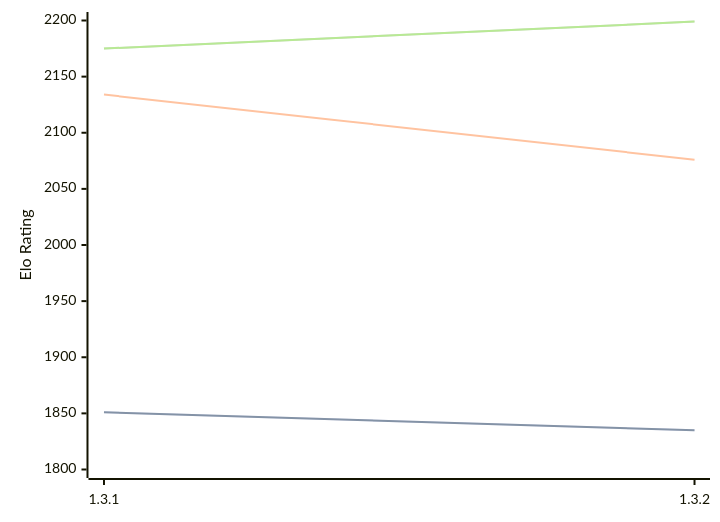
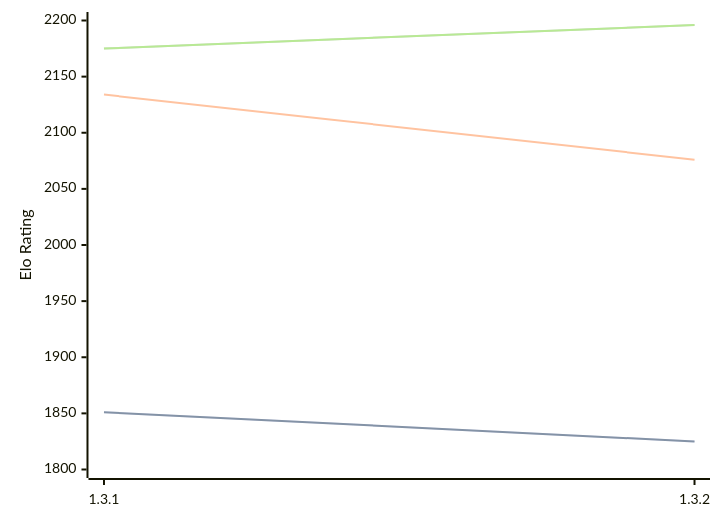
Before and after one commit to computer-chess-index/cci: the first of 3 diagrams in engines/Zugblitz.md, drawn with Mermaid. The commit also changed other lines of this file, not shown here.

Commit message:
Update CCI Ratings (ELO VLTC) - 2026-06-21

````diff
--- a/engines/Zugblitz.md
+++ b/engines/Zugblitz.md
@@ -32,11 +32,11 @@
 ```mermaid
 %%{init: {"theme":"base","themeVariables":{"seriesColors:['#a3a3a3','#222221','#faa371']}}}%%
 xychart-beta
   x-axis ["1.3.1", "1.3.2"]
   y-axis "Elo Rating" 1800 --> 2200
-  line "STC (8.0+0.08s)" [1851, 1835]
-  line "STC (8.0+0.08s)" [1851, 1835]
+  line "STC (8.0+0.08s)" [1851, 1825]
+  line "STC (8.0+0.08s)" [1851, 1825]
   line "LTC (60.0+0.60s)" [2134, 2076]
-  line "VLTC (2m24s+1.12s)" [2175, 2199]
-  line "VLTC (2m24s+1.12s)" [2175, 2199]
+  line "VLTC (2m24s+1.12s)" [2175, 2196]
+  line "VLTC (2m24s+1.12s)" [2175, 2196]
 ```
````
